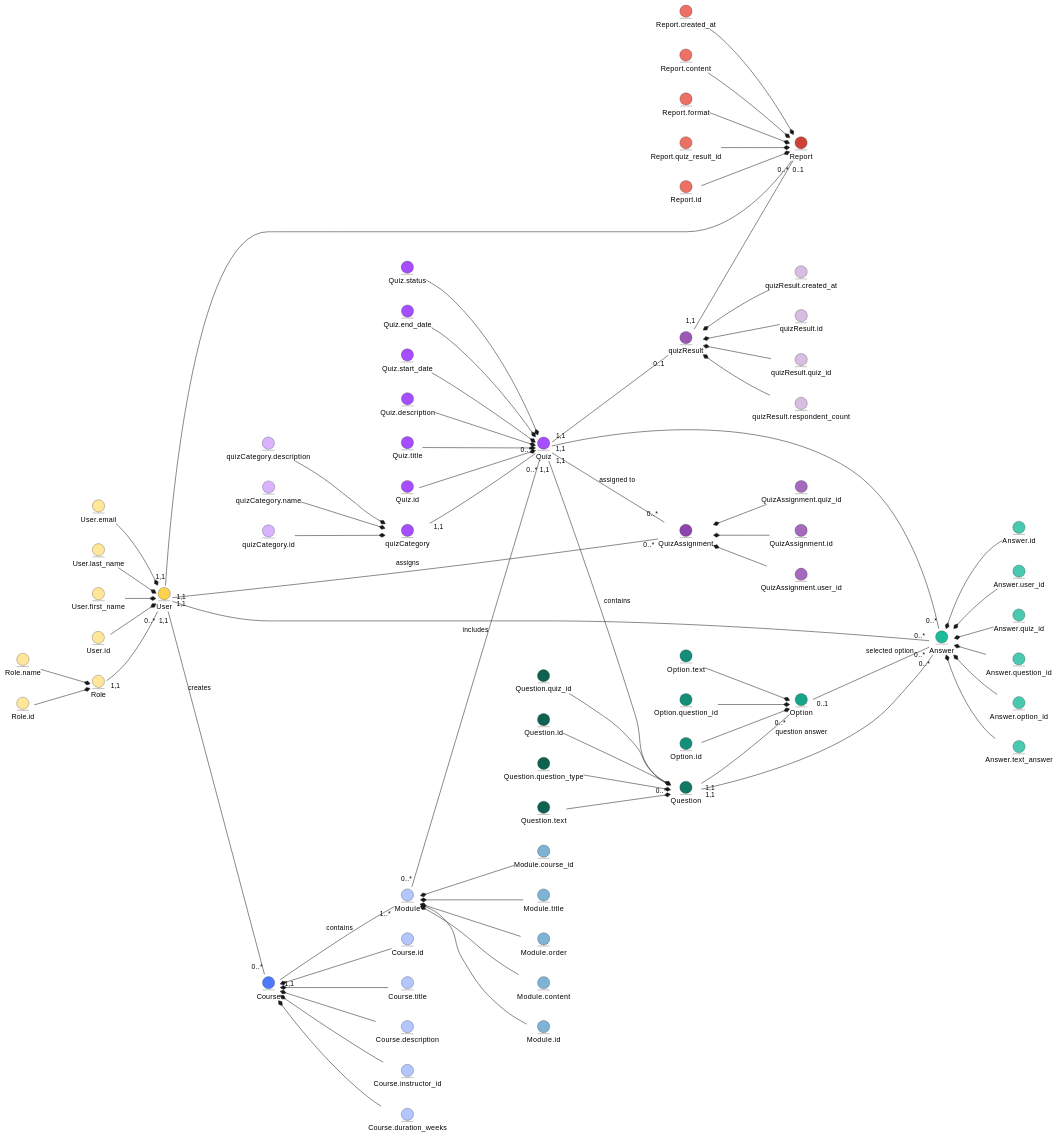
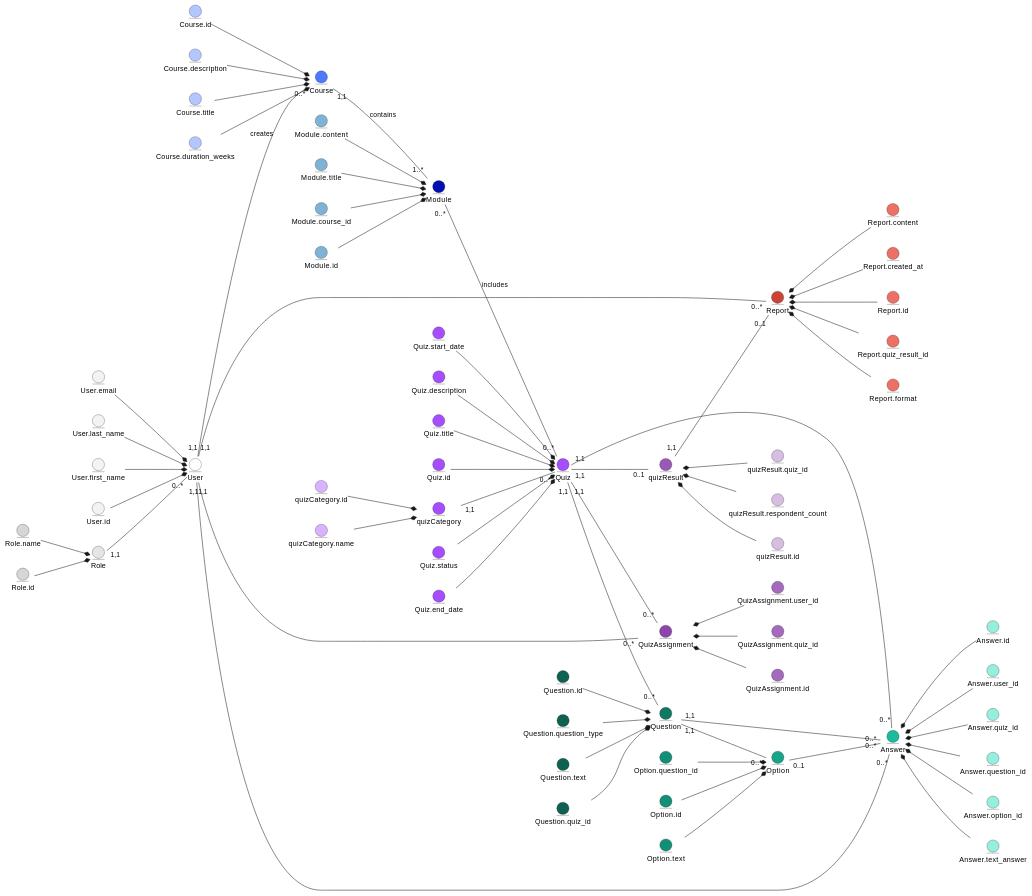
Before and after one commit to elidorbeth/edu_db_labs: the first of 2 diagrams in docs/design/README.md, drawn with PlantUML.

Commit message:
entites upgrade

```diff
--- a/docs/design/README.md
+++ b/docs/design/README.md
@@ -6,16 +6,16 @@
 left to right direction
 
 ' --- Сутності ---
-entity User #ffd24d
-entity User.id #ffe699
-entity User.first_name #ffe699
-entity User.last_name #ffe699
-entity User.email #ffe699
+entity User #ffffff
+entity User.id #f2f3f4
+entity User.first_name #f2f3f4
+entity User.last_name #f2f3f4
+entity User.email #f2f3f4
 
 
-entity Role #ffe699
-entity Role.id #ffe699
-entity Role.name #ffe699
+entity Role #e5e5e5
+entity Role.id #d6d6d6
+entity Role.name #d6d6d6
 
 entity Quiz #a64dff
 entity Quiz.id #a64dff
@@ -25,61 +25,57 @@
 entity Quiz.end_date #a64dff
 entity Quiz.status #a64dff
 
-entity QuizAssignment#8e44ad
-entity QuizAssignment.id#a569bd
-entity QuizAssignment.user_id#a569bd
-entity QuizAssignment.quiz_id#a569bd
+entity QuizAssignment #8e44ad
+entity QuizAssignment.id #a569bd
+entity QuizAssignment.user_id #a569bd
+entity QuizAssignment.quiz_id #a569bd
 
-entity Question#117864
-entity Question.id#0e6251
-entity Question.quiz_id#0e6251
-entity Question.text#0e6251
-entity Question.question_type#0e6251
+entity Question #117864
+entity Question.id #0e6251
+entity Question.quiz_id #0e6251
+entity Question.text #0e6251
+entity Question.question_type #0e6251
 
-entity Option#17a589 
-entity Option.id#148f77 
-entity Option.question_id#148f77 
-entity Option.text#148f77 
+entity Option #17a589 
+entity Option.id #148f77 
+entity Option.question_id #148f77 
+entity Option.text #148f77 
 
-entity Answer#1abc9c 
-entity Answer.id#48c9b0 
-entity Answer.user_id#48c9b0 
-entity Answer.quiz_id#48c9b0 
-entity Answer.question_id#48c9b0 
-entity Answer.option_id#48c9b0 
-entity Answer.text_answer#48c9b0 
+entity Answer #1abc9c 
+entity Answer.id #96eedd
+entity Answer.user_id #96eedd 
+entity Answer.quiz_id #96eedd 
+entity Answer.question_id #96eedd 
+entity Answer.option_id #96eedd 
+entity Answer.text_answer #96eedd 
 
-entity Course#4d79ff
-entity Course.id#b3c6ff
-entity Course.title#b3c6ff
-entity Course.description#b3c6ff
-entity Course.instructor_id#b3c6ff
-entity Course.duration_weeks#b3c6ff
+entity Course #4d79ff
+entity Course.id #b3c6ff
+entity Course.title #b3c6ff
+entity Course.description #b3c6ff
+entity Course.duration_weeks #b3c6ff
 
-entity Module#b3c6ff
-entity Module.id#7fb3d5
-entity Module.course_id#7fb3d5
-entity Module.title#7fb3d5
-entity Module.order#7fb3d5
-entity Module.content#7fb3d5
+entity Module #000eb4
+entity Module.id #7fb3d5
+entity Module.course_id #7fb3d5
+entity Module.title #7fb3d5
+entity Module.content #7fb3d5
 
-entity quizCategory#a64dff
-entity quizCategory.id#d9b3ff
-entity quizCategory.name#d9b3ff
-entity quizCategory.description#d9b3ff
+entity quizCategory #a64dff
+entity quizCategory.id #d9b3ff
+entity quizCategory.name #d9b3ff
 
-entity quizResult#9b59b6
-entity quizResult.id#d7bde2 
-entity quizResult.quiz_id#d7bde2 
-entity quizResult.respondent_count#d7bde2 
-entity quizResult.created_at#d7bde2 
+entity quizResult #9b59b6
+entity quizResult.id #d7bde2 
+entity quizResult.quiz_id #d7bde2 
+entity quizResult.respondent_count #d7bde2 
 
-entity Report#cb4335
-entity Report.id#ec7063 
-entity Report.quiz_result_id#ec7063 
-entity Report.format#ec7063 
-entity Report.content#ec7063 
-entity Report.created_at#ec7063 
+entity Report #cb4335
+entity Report.id #ec7063 
+entity Report.quiz_result_id #ec7063 
+entity Report.format #ec7063 
+entity Report.content #ec7063
+entity Report.created_at #ec7063
 
 ' --- Атрибути ---
 User *-u- User.id
@@ -115,47 +111,44 @@
 Answer *-- Answer.option_id
 Answer *-- Answer.text_answer
 
-Course *-- Course.id
-Course *-- Course.title
-Course *-- Course.description
-Course *-- Course.instructor_id
-Course *-- Course.duration_weeks
+Course *-u- Course.id
+Course *-u- Course.title
+Course *-u- Course.description
+Course *-u- Course.duration_weeks
 
-Module *-- Module.id
-Module *-- Module.course_id
-Module *-- Module.title
-Module *-- Module.order
-Module *-- Module.content
+Module *-u- Module.id
+Module *-u- Module.course_id
+Module *-u- Module.title
+Module *-u- Module.content
 
 Role *-u- Role.id
 Role *-u- Role.name
 
 quizCategory *-u- quizCategory.id
 quizCategory *-u- quizCategory.name
-quizCategory *-u- quizCategory.description
 
 quizResult *-- quizResult.id
 quizResult *-- quizResult.quiz_id
 quizResult *-- quizResult.respondent_count
-quizResult *-- quizResult.created_at
 
-Report *-u- Report.id
-Report *-u- Report.quiz_result_id
-Report *-u- Report.format
-Report *-u- Report.content
-Report *-u- Report.created_at
+
+Report *-- Report.id
+Report *-- Report.quiz_result_id
+Report *-- Report.format
+Report *-- Report.content
+Report *-- Report.created_at
 
 ' --- Зв’язки між сутностями ---
-User "1,1" -- "0..*" QuizAssignment : assigns
-Quiz "1,1" -- "0..*" QuizAssignment : assigned to
+User "1,1" -- "0..*" QuizAssignment
+Quiz "1,1" -- "0..*" QuizAssignment
 
-Quiz "1,1" -- "0..*" Question : contains
+Quiz "1,1" -- "0..*" Question
 Question "1,1" -- "0..*" Option
 
 User "1,1" -- "0..*" Answer
 Quiz "1,1" -- "0..*" Answer
-Question "1,1" -- "0..*" Answer : question answer
-Option "0..1" -- "0..*" Answer : selected option
+Question "1,1" -- "0..*" Answer
+Option "0..1" -- "0..*" Answer
 
 User "1,1" -- "0..*" Course : creates
 Course "1,1" -- "1..*" Module : contains
```
